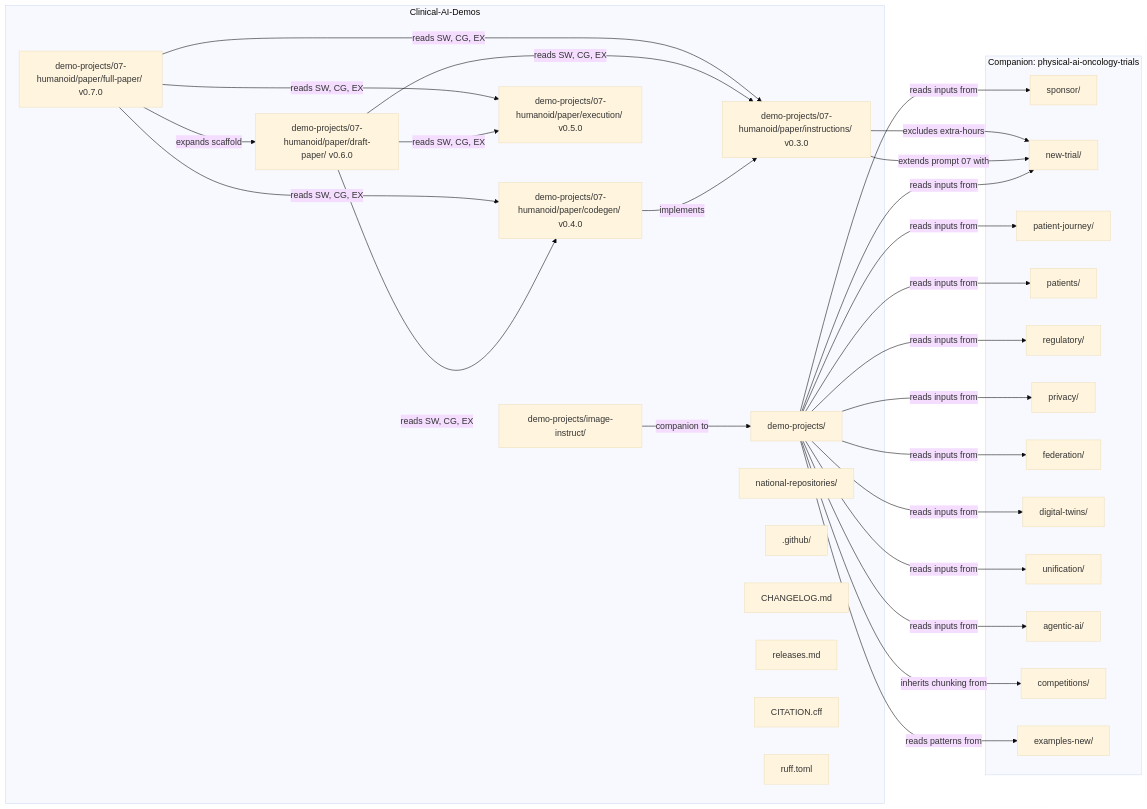
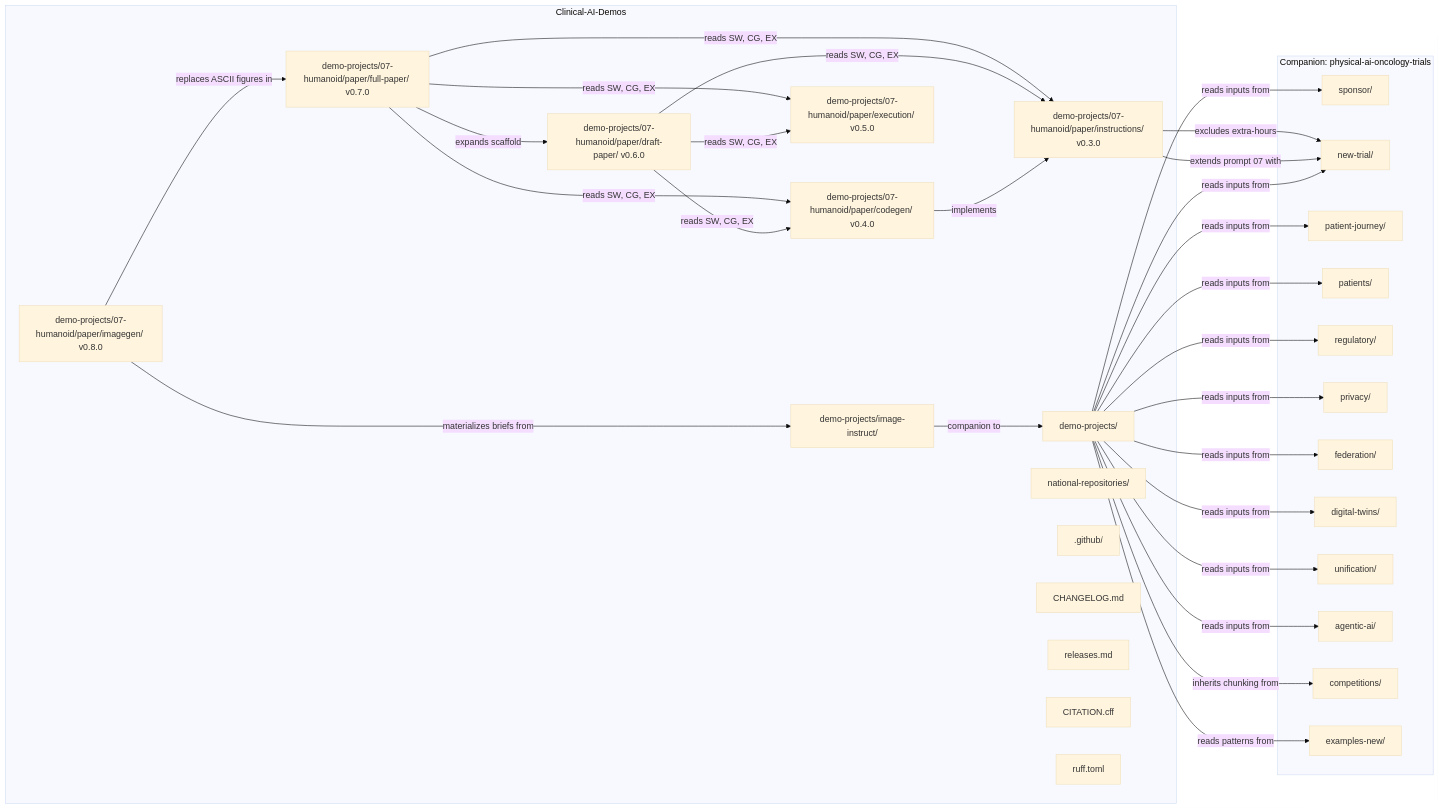
Before and after one commit to kevinkawchak/Clinical-AI-Demos: the first of 2 diagrams in README.md, drawn with Mermaid (base theme). The commit also changed other lines of this file and 5 other files, not shown here.

First line of the commit message:
v0.8.0 repository updates: imagegen tree for the Triple Humanoid 4 Site Paper

````diff
--- a/README.md
+++ b/README.md
@@ -240,57 +251,60 @@
 ```mermaid
 flowchart LR
   subgraph CAD[Clinical-AI-Demos]
     DP[demo-projects/]
     II[demo-projects/image-instruct/]
     SW[demo-projects/07-humanoid/paper/instructions/ v0.3.0]
     CG[demo-projects/07-humanoid/paper/codegen/ v0.4.0]
     EX[demo-projects/07-humanoid/paper/execution/ v0.5.0]
     DRP[demo-projects/07-humanoid/paper/draft-paper/ v0.6.0]
     FP[demo-projects/07-humanoid/paper/full-paper/ v0.7.0]
+    IM[demo-projects/07-humanoid/paper/imagegen/ v0.8.0]
     NR[national-repositories/]
     GH[.github/]
     CHG[CHANGELOG.md]
     REL[releases.md]
     CTN[CITATION.cff]
     RUF[ruff.toml]
   end
 
   subgraph CAP[Companion: physical-ai-oncology-trials]
     SPO[sponsor/]
     NTR[new-trial/]
     PJN[patient-journey/]
     PAT[patients/]
     REG[regulatory/]
     PRI[privacy/]
     FED[federation/]
     DTW[digital-twins/]
     UNI[unification/]
     AGI[agentic-ai/]
     COM[competitions/]
     EXM[examples-new/]
   end
 
   DP -->|reads inputs from| SPO
   DP -->|reads inputs from| NTR
   DP -->|reads inputs from| PJN
   DP -->|reads inputs from| PAT
   DP -->|reads inputs from| REG
   DP -->|reads inputs from| PRI
   DP -->|reads inputs from| FED
   DP -->|reads inputs from| DTW
   DP -->|reads inputs from| UNI
   DP -->|reads inputs from| AGI
   DP -->|inherits chunking from| COM
   DP -->|reads patterns from| EXM
   II -->|companion to| DP
   SW -->|extends prompt 07 with| NTR
   SW -->|excludes extra-hours| NTR
   CG -->|implements| SW
   DRP -->|reads SW, CG, EX| SW
   DRP -->|reads SW, CG, EX| CG
   DRP -->|reads SW, CG, EX| EX
   FP -->|expands scaffold| DRP
   FP -->|reads SW, CG, EX| SW
   FP -->|reads SW, CG, EX| CG
   FP -->|reads SW, CG, EX| EX
+  IM -->|materializes briefs from| II
+  IM -->|replaces ASCII figures in| FP
 ```
````
